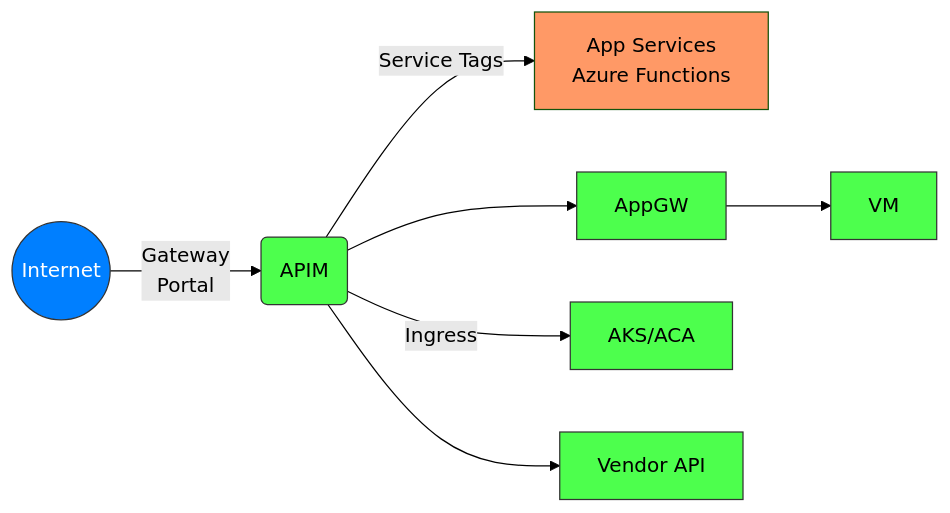
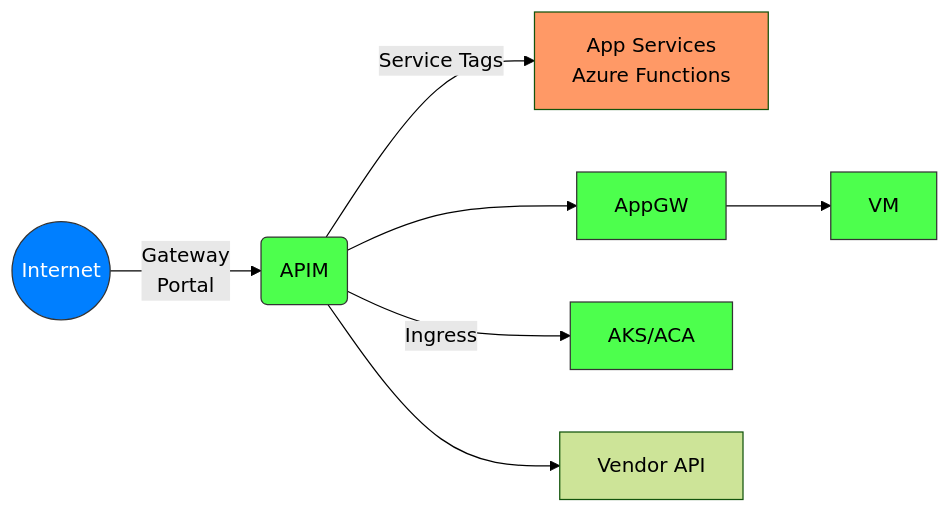
One commit to msalemor/azure-apim-networking changed the first of 2 diagrams in README.md. Above: the diagram before and after it, drawn with Mermaid (forest theme). The commit also changed other lines of this file, not shown here.

````diff
--- a/README.md
+++ b/README.md
@@ -5,14 +5,14 @@
 ```mermaid
 graph LR;
     A((Internet))--Gateway<br/>Portal-->B(APIM)
     B--Service Tags-->C[App Services<br/>Azure Functions]
     B-->D[AppGW];
     D-->F[VM];
     B--Ingress-->E[AKS/ACA];
     B-->G[Vendor API]
     style A fill:#007FFF,stroke:#333,stroke-width:1px,color:#fff;    
     classDef someclass fill:#4DFF4D,stroke:#333,stroke-width:1px,color:black;
-    class B,D,E,F,G someclass;
+    class B,D,E,F someclass;
     classDef someclass1 fill:#f96,color:black;
     class C someclass1;
 ```
````
